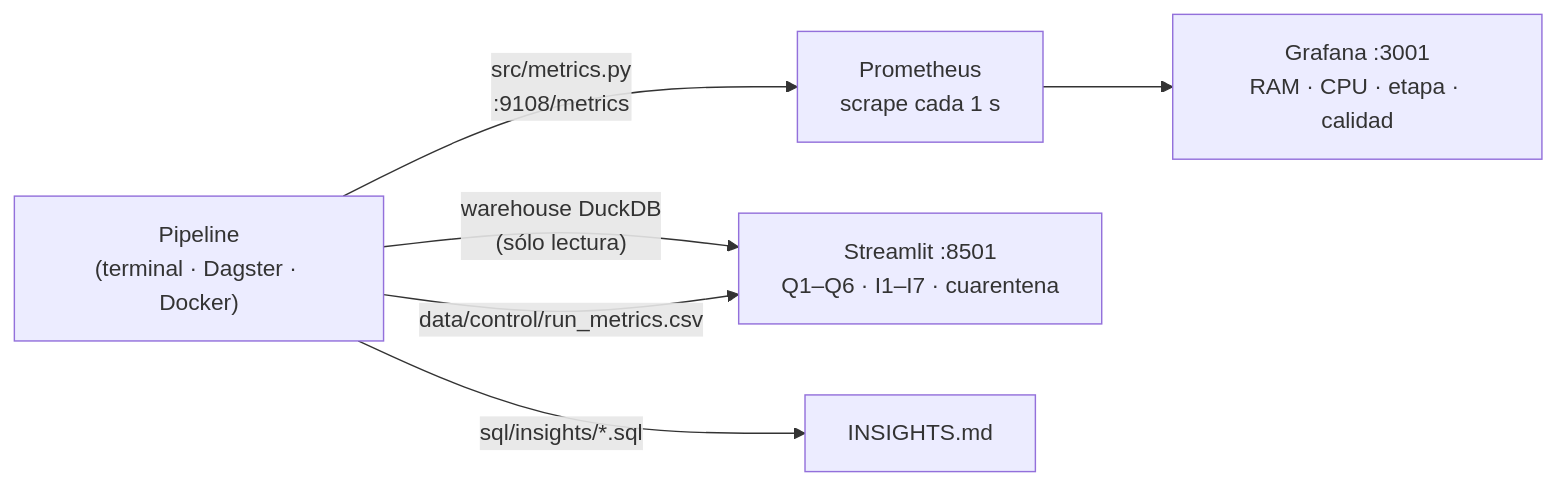
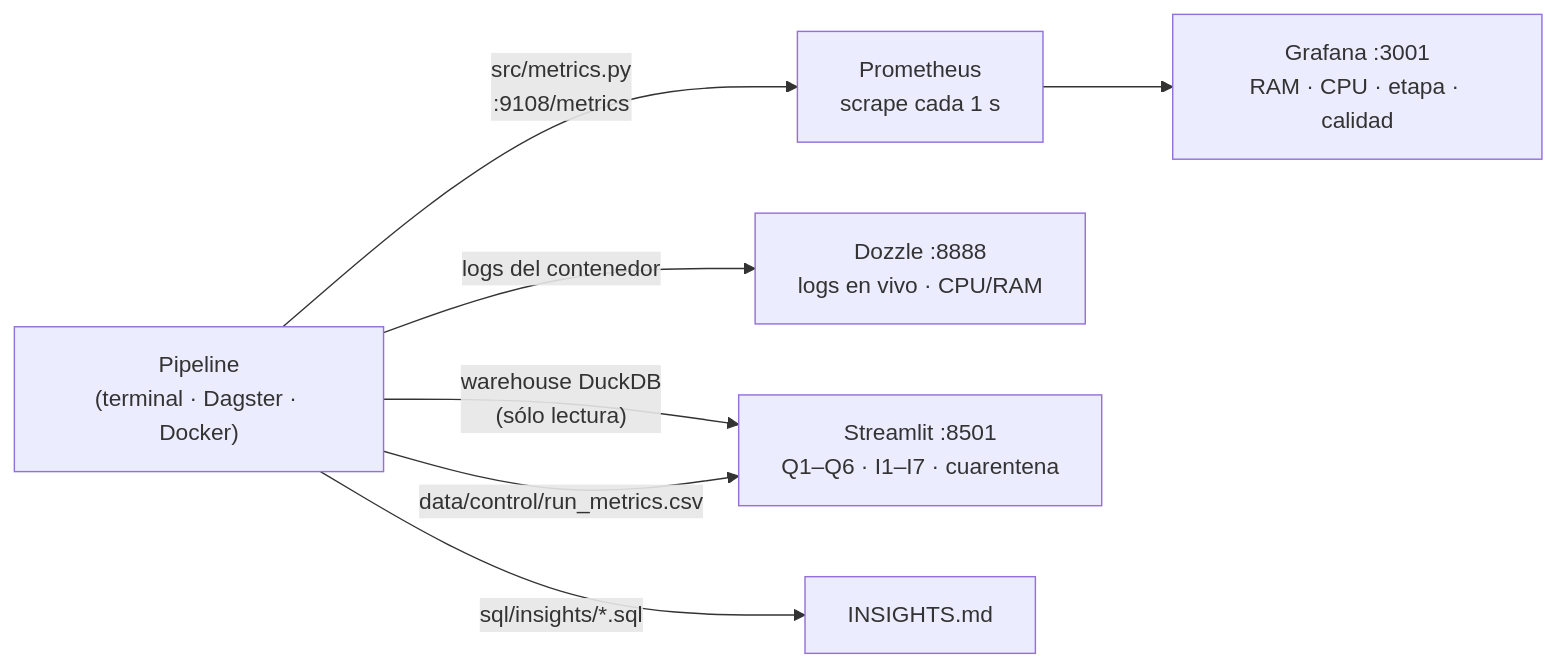
One commit to victormanuellibran/examen_Taxis changed the fourth of 4 diagrams in README.md. Above: the diagram before and after it, drawn with Mermaid. The commit also changed other lines of this file and 5 other files, not shown here.

First line of the commit message:
feat: Dozzle para ver los logs de los contenedores en vivo

````diff
--- a/README.md
+++ b/README.md
@@ -876,8 +877,9 @@
 ```mermaid
 flowchart LR
     P["Pipeline<br/>(terminal · Dagster · Docker)"] -->|"src/metrics.py<br/>:9108/metrics"| PR["Prometheus<br/>scrape cada 1 s"]
     PR --> G["Grafana :3001<br/>RAM · CPU · etapa · calidad"]
+    P -->|"logs del contenedor"| D["Dozzle :8888<br/>logs en vivo · CPU/RAM"]
     P -->|"warehouse DuckDB<br/>(sólo lectura)"| S["Streamlit :8501<br/>Q1–Q6 · I1–I7 · cuarentena"]
     P -->|"data/control/run_metrics.csv"| S
     P -->|"sql/insights/*.sql"| I["INSIGHTS.md"]
 ```
````
